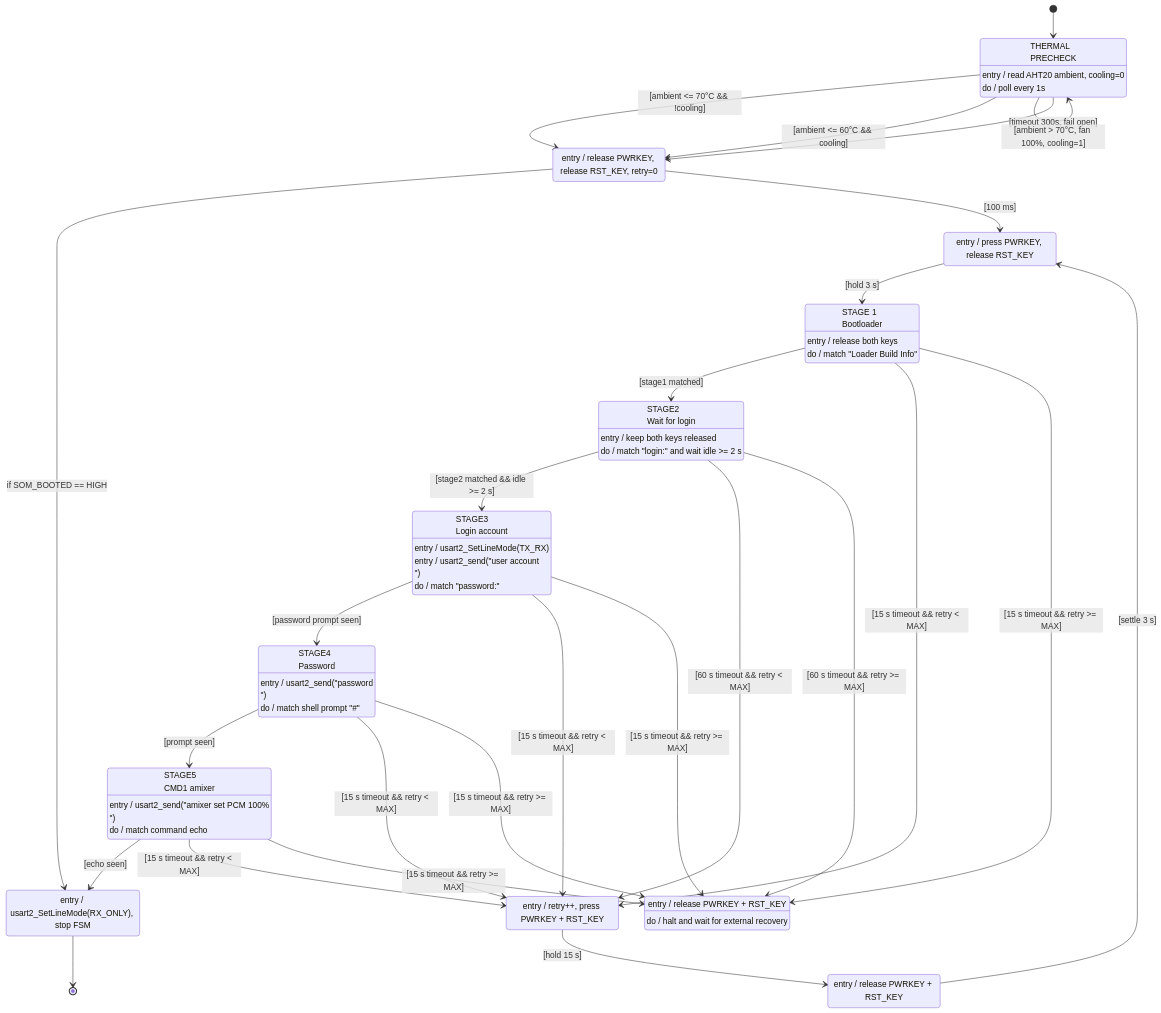
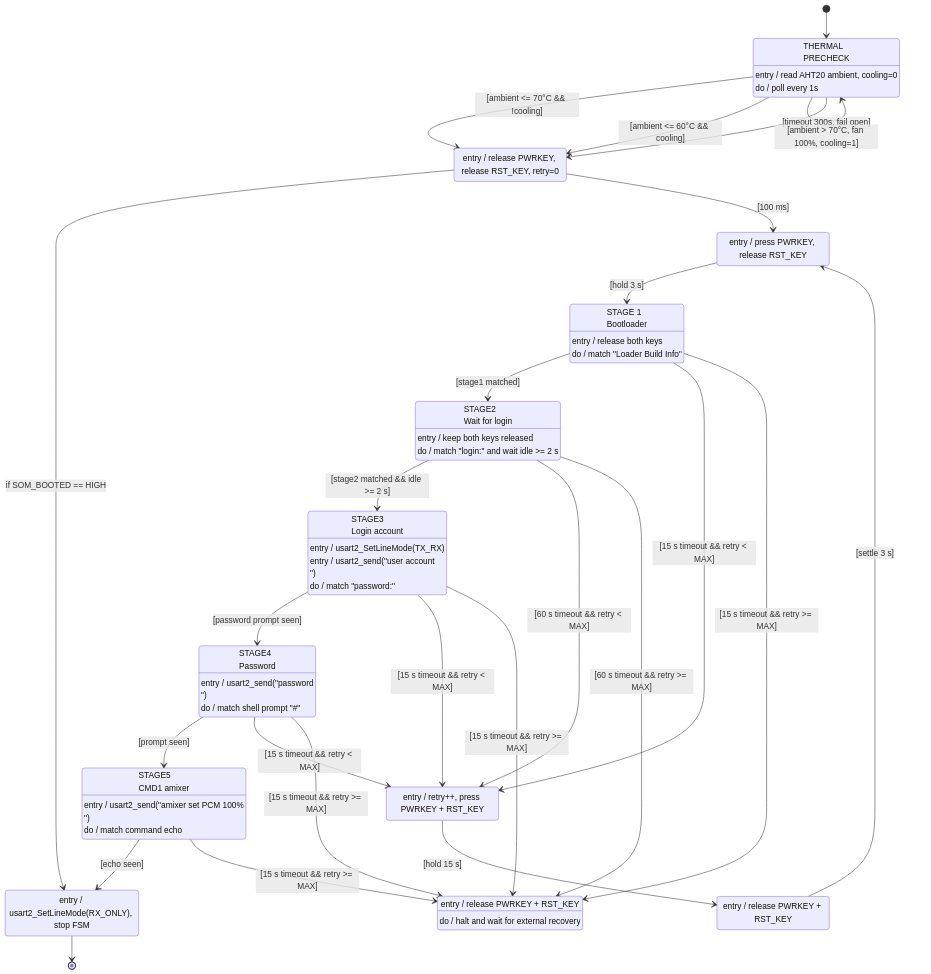
Diagram 11 of 16 in WORKLOG.md (Vkd4U2NtVkZOVg/py32_control), drawn with Mermaid before and after one commit. The commit also changed other lines of this file and 1 other file, not shown here.

First line of the commit message:
feat(sdm845): STAGE5 failure no longer resets the SoC (STRAP_FAIL directly)

````diff
--- a/WORKLOG.md
+++ b/WORKLOG.md
@@ -826,68 +826,68 @@
 ```mermaid
 stateDiagram-v2
     direction TB
 
     [*] --> THERMAL_PRECHECK
     state "THERMAL\nPRECHECK" as THERMAL_PRECHECK
     THERMAL_PRECHECK : entry / read AHT20 ambient, cooling=0
     THERMAL_PRECHECK : do / poll every 1s
     THERMAL_PRECHECK --> POWER_ON_WAIT : [ambient <= 70°C && !cooling]
     THERMAL_PRECHECK --> POWER_ON_WAIT : [ambient <= 60°C && cooling]
     THERMAL_PRECHECK --> POWER_ON_WAIT : [timeout 300s, fail open]
     THERMAL_PRECHECK --> THERMAL_PRECHECK : [ambient > 70°C, fan 100%, cooling=1]
 
     POWER_ON_WAIT : entry / release PWRKEY, release RST_KEY, retry=0
     POWER_ON_WAIT --> BOOT_SUCCESS: if SOM_BOOTED == HIGH
     POWER_ON_WAIT --> PWR_PRESS : [100 ms]
 
     PWR_PRESS : entry / press PWRKEY, release RST_KEY
     PWR_PRESS --> BOOT_CHECK : [hold 3 s]
 
     state "STAGE 1\nBootloader" as BOOT_CHECK
     BOOT_CHECK : entry / release both keys
     BOOT_CHECK : do / match "Loader Build Info"
     BOOT_CHECK --> STAGE2_WAIT : [stage1 matched]
     BOOT_CHECK --> BOOT_RESET : [15 s timeout && retry < MAX]
     BOOT_CHECK --> STRAP_FAIL : [15 s timeout && retry >= MAX]
 
     state "STAGE2\nWait for login" as STAGE2_WAIT
     STAGE2_WAIT : entry / keep both keys released
     STAGE2_WAIT : do / match "login:" and wait idle >= 2 s
     STAGE2_WAIT --> STAGE3_WAIT : [stage2 matched && idle >= 2 s]
     STAGE2_WAIT --> BOOT_RESET : [60 s timeout && retry < MAX]
     STAGE2_WAIT --> STRAP_FAIL : [60 s timeout && retry >= MAX]
 
     state "STAGE3\nLogin account" as STAGE3_WAIT
     STAGE3_WAIT : entry / usart2_SetLineMode(TX_RX)
     STAGE3_WAIT : entry / usart2_send("user account\n")
     STAGE3_WAIT : do / match "password:"
     STAGE3_WAIT --> STAGE4_WAIT : [password prompt seen]
     STAGE3_WAIT --> BOOT_RESET : [15 s timeout && retry < MAX]
     STAGE3_WAIT --> STRAP_FAIL : [15 s timeout && retry >= MAX]
 
     state "STAGE4\nPassword" as STAGE4_WAIT
     STAGE4_WAIT : entry / usart2_send("password\n")
     STAGE4_WAIT : do / match shell prompt "#"
     STAGE4_WAIT --> STAGE5_WAIT : [prompt seen]
     STAGE4_WAIT --> BOOT_RESET : [15 s timeout && retry < MAX]
     STAGE4_WAIT --> STRAP_FAIL : [15 s timeout && retry >= MAX]
 
     state "STAGE5\nCMD1 amixer" as STAGE5_WAIT
     STAGE5_WAIT : entry / usart2_send("amixer set PCM 100%\n")
     STAGE5_WAIT : do / match command echo
     STAGE5_WAIT --> BOOT_SUCCESS : [echo seen]
-    STAGE5_WAIT --> BOOT_RESET : [15 s timeout && retry < MAX]
+    %%STAGE5_WAIT --> BOOT_RESET : [15 s timeout && retry ]
     STAGE5_WAIT --> STRAP_FAIL : [15 s timeout && retry >= MAX]
 
     BOOT_SUCCESS : entry / usart2_SetLineMode(RX_ONLY), stop FSM
     BOOT_SUCCESS --> [*]
 
     BOOT_RESET : entry / retry++, press PWRKEY + RST_KEY
     BOOT_RESET --> PMIC_SETTLE : [hold 15 s]
 
     PMIC_SETTLE : entry / release PWRKEY + RST_KEY
     PMIC_SETTLE --> PWR_PRESS : [settle 3 s]
 
     STRAP_FAIL : entry / release PWRKEY + RST_KEY
     STRAP_FAIL : do / halt and wait for external recovery
 ```
````
